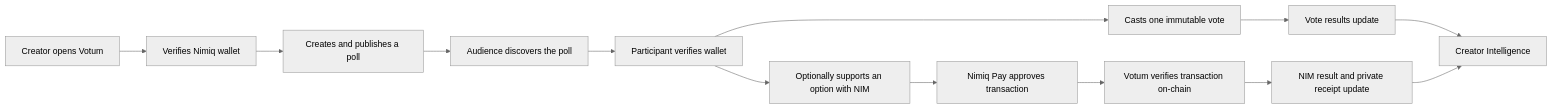
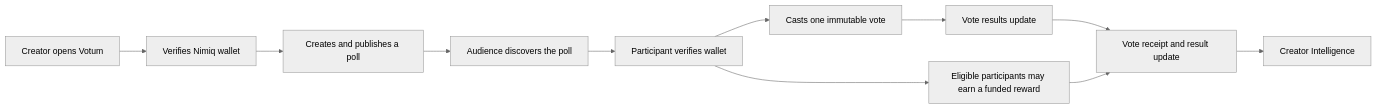
Before and after one commit to kaelah971/votum: the first of 2 diagrams in README.md, drawn with Mermaid (neutral theme). The commit also changed other lines of this file and 72 other files, not shown here.

````diff
--- a/README.md
+++ b/README.md
@@ -90,15 +87,13 @@
 ```mermaid
 flowchart LR
     A[Creator opens Votum] --> B[Verifies Nimiq wallet]
     B --> C[Creates and publishes a poll]
     C --> D[Audience discovers the poll]
     D --> E[Participant verifies wallet]
     E --> F[Casts one immutable vote]
     F --> G[Vote results update]
-    E --> H[Optionally supports an option with NIM]
-    H --> I[Nimiq Pay approves transaction]
-    I --> J[Votum verifies transaction on-chain]
-    J --> K[NIM result and private receipt update]
-    G --> L[Creator Intelligence]
-    K --> L
+    E --> H[Eligible participants may earn a funded reward]
+    G --> I[Vote receipt and result update]
+    H --> I
+    I --> J[Creator Intelligence]
 ```
````
